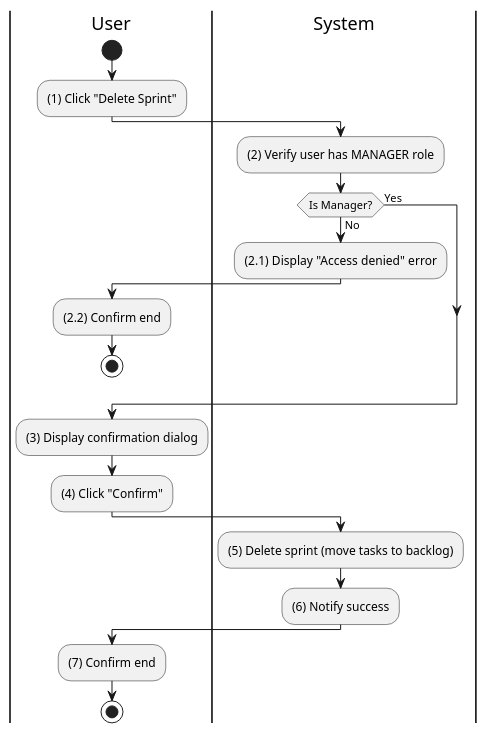
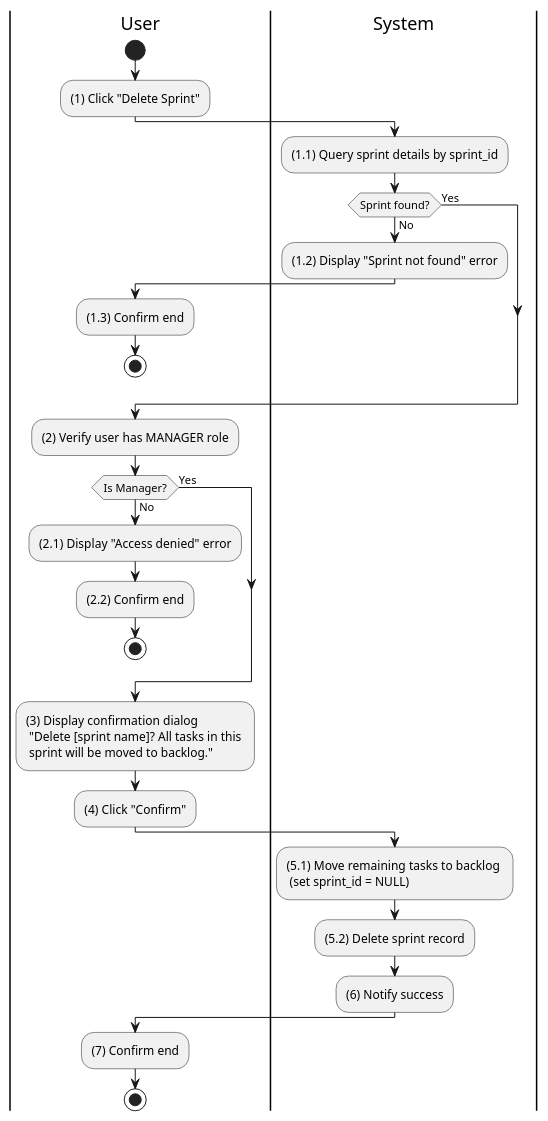
One commit to taskpilot-platform/taskpilot-platform.github.io changed the diagram in docs/docs/activity/sprint-management/delete-sprint.md. Above: the diagram before and after it, drawn with PlantUML. The commit also changed 17 other files, not shown here.

````diff
--- a/docs/docs/activity/sprint-management/delete-sprint.md
+++ b/docs/docs/activity/sprint-management/delete-sprint.md
@@ -3,35 +3,46 @@
 ```plantuml
 @startuml
 |U|User
 |S|System
 
 |U|
 start
 :(1) Click "Delete Sprint";
 
 |S|
+:(1.1) Query sprint details by sprint_id;
+
+if (Sprint found?) then (No)
+  :(1.2) Display "Sprint not found" error;
+  |U|
+  :(1.3) Confirm end;
+  stop
+else (Yes)
+endif
+
 :(2) Verify user has MANAGER role;
 
 if (Is Manager?) then (No)
   :(2.1) Display "Access denied" error;
   |U|
   :(2.2) Confirm end;
   stop
 else (Yes)
 endif
 
-:(3) Display confirmation dialog;
+:(3) Display confirmation dialog \n "Delete [sprint name]? All tasks in this \n sprint will be moved to backlog.";
 
 |U|
 :(4) Click "Confirm";
 
 |S|
-:(5) Delete sprint (move tasks to backlog);
+:(5.1) Move remaining tasks to backlog \n (set sprint_id = NULL);
+:(5.2) Delete sprint record;
 :(6) Notify success;
 
 |U|
 :(7) Confirm end;
 
 stop
 @enduml
 ```
````
